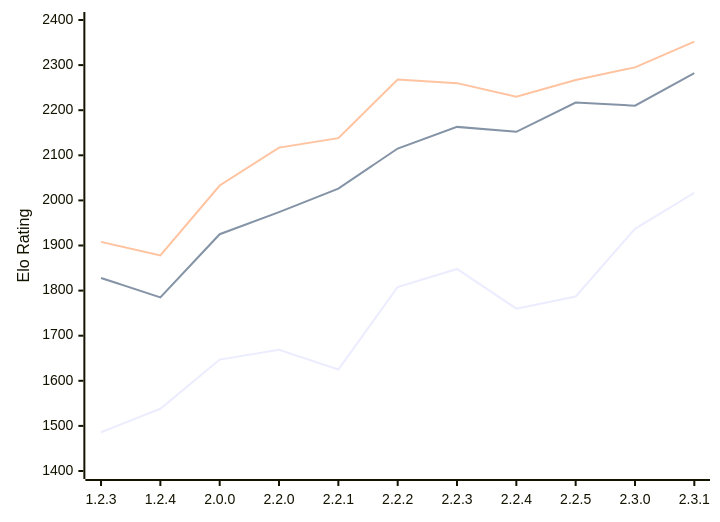
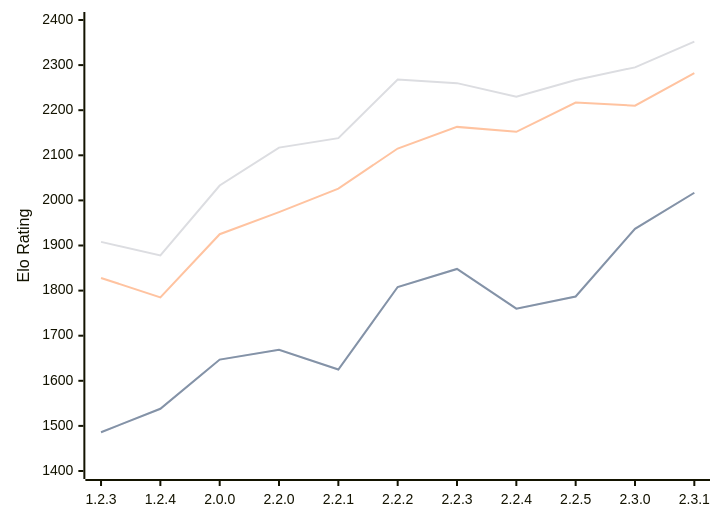
One commit to computer-chess-index/cci changed the first of 3 diagrams in engines/Kreveta.md. Above: the diagram before and after it, drawn with Mermaid. The commit also changed other lines of this file, not shown here.

````diff
--- a/engines/Kreveta.md
+++ b/engines/Kreveta.md
@@ -43,9 +43,10 @@
 ```mermaid
 %%{init: {"theme":"base","themeVariables":{"seriesColors:['#a3a3a3','#222221','#faa371']}}}%%
 xychart-beta
   x-axis ["1.2.3", "1.2.4", "2.0.0", "2.2.0", "2.2.1", "2.2.2", "2.2.3", "2.2.4", "2.2.5", "2.3.0", "2.3.1"]
   y-axis "Elo Rating" 1400 --> 2400
   line "STC (8.0+0.08s)" [1486, 1538, 1647, 1669, 1625, 1808, 1848, 1760, 1787, 1937, 2017]
+  line "STC (8.0+0.08s)" [1486, 1538, 1647, 1669, 1625, 1808, 1848, 1760, 1787, 1937, 2017]
   line "LTC (60.0+0.60s)" [1828, 1785, 1925, 1974, 2026, 2115, 2163, 2152, 2217, 2210, 2282]
   line "VLTC (2m24s+1.12s)" [1908, 1878, 2033, 2117, 2138, 2268, 2260, 2230, 2267, 2295, 2352]
 ```
````
